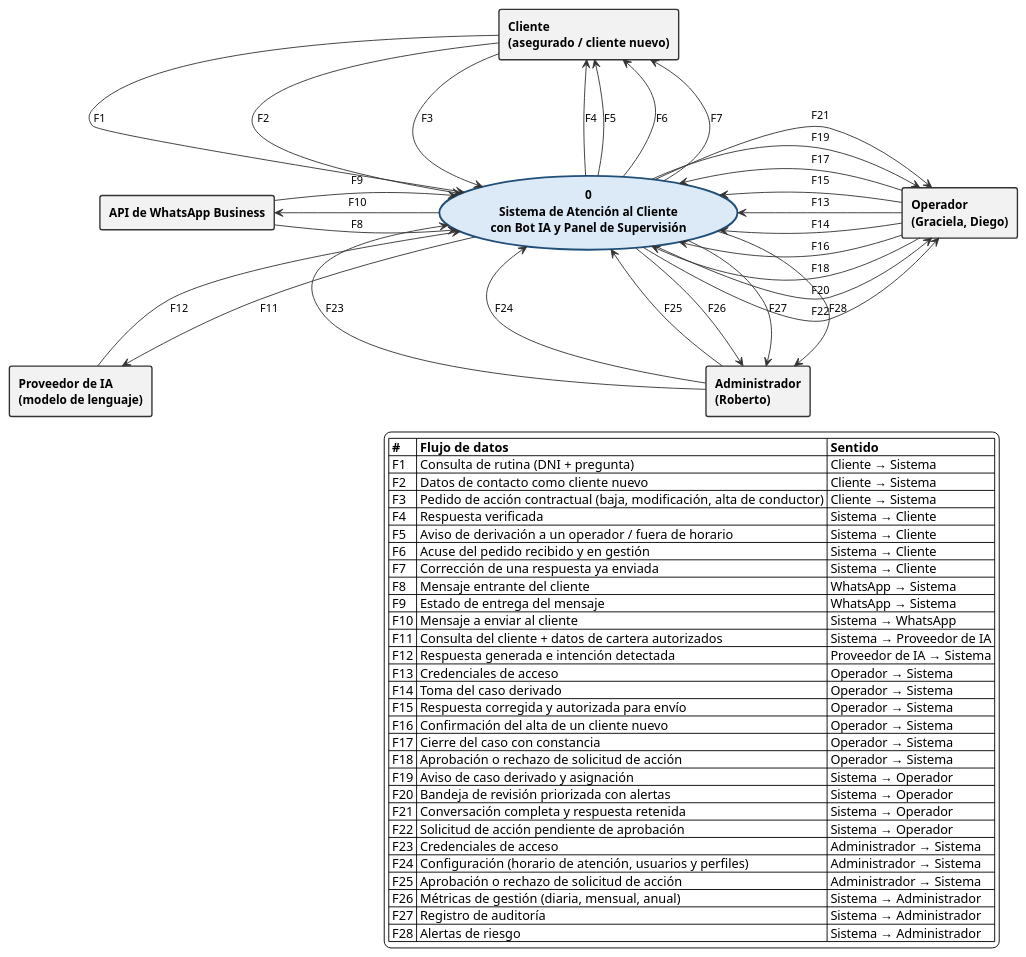
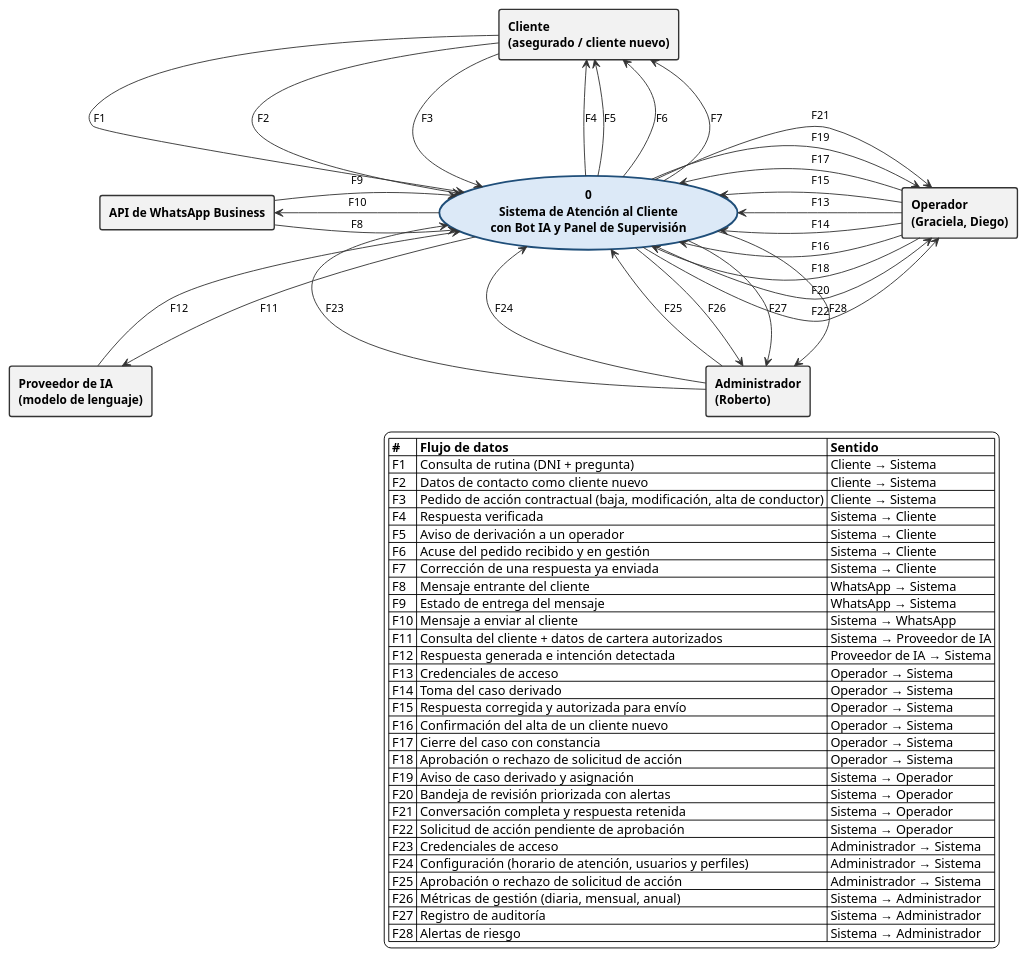
Before and after one commit to luquesantiago/Sistema-de-Atencion-al-Cliente-con-Bot-IA-y-Panel-de-Supervision: the diagram in docs/caso8_diagrama_contexto.puml, drawn with PlantUML. The commit also changed 4 other files, not shown here.

Commit message:
Fuera de horario, derivar sin aviso y contar la alerta de caso sin tomar solo en horario (RF-DER-04, RF-VER-03)

```diff
--- a/docs/caso8_diagrama_contexto.puml
+++ b/docs/caso8_diagrama_contexto.puml
@@ -1,113 +1,113 @@
 @startuml caso8_diagrama_contexto
 ' =====================================================================
 ' Diagrama de Contexto (DFD nivel 0) - Notacion Yourdon/DeMarco
 ' Caso 8 - Sistema de Atencion al Cliente con Bot IA y Panel de Supervision
 ' Cliente: Seguros Castano | PPP 1 - UNLa - Grupo 11
 ' Cada flecha (F1..F28) representa una interaccion con el sistema.
 ' =====================================================================
 
 skinparam backgroundColor #FFFFFF
 skinparam shadowing false
 skinparam defaultFontName Helvetica
 skinparam defaultFontSize 13
 skinparam ArrowColor #333333
 skinparam ArrowFontSize 12
 skinparam nodesep 160
 skinparam ranksep 110
 
 skinparam rectangle {
   BackgroundColor #F2F2F2
   BorderColor #333333
   BorderThickness 1.5
   FontStyle bold
 }
 
 skinparam usecase {
   BackgroundColor #DCE9F7
   BorderColor #1F4E79
   BorderThickness 2
   FontStyle bold
 }
 
 ' ---------- Proceso unico: el sistema ----------
 usecase "**0**\nSistema de Atención al Cliente\ncon Bot IA y Panel de Supervisión" as SIS
 
 ' ---------- Entidades externas ----------
 rectangle "Cliente\n(asegurado / cliente nuevo)" as CLI
 rectangle "Operador\n(Graciela, Diego)" as OPE
 rectangle "Administrador\n(Roberto)" as ADM
 rectangle "API de WhatsApp Business" as WA
 rectangle "Proveedor de IA\n(modelo de lenguaje)" as IA
 
 ' ---------- Flujos: Cliente ----------
 CLI -down-> SIS : F1
 CLI -down-> SIS : F2
 CLI -down-> SIS : F3
 SIS -up-> CLI : F4
 SIS -up-> CLI : F5
 SIS -up-> CLI : F6
 SIS -up-> CLI : F7
 
 ' ---------- Flujos: API de WhatsApp Business ----------
 WA -right-> SIS : F8
 WA -right-> SIS : F9
 SIS -left-> WA : F10
 
 ' ---------- Flujos: Proveedor de IA ----------
 SIS -left-> IA : F11
 IA -up-> SIS : F12
 
 ' ---------- Flujos: Operador ----------
 OPE -left-> SIS : F13
 OPE -left-> SIS : F14
 OPE -left-> SIS : F15
 OPE -left-> SIS : F16
 OPE -left-> SIS : F17
 OPE -left-> SIS : F18
 SIS -right-> OPE : F19
 SIS -right-> OPE : F20
 SIS -right-> OPE : F21
 SIS -right-> OPE : F22
 
 ' ---------- Flujos: Administrador ----------
 ADM -up-> SIS : F23
 ADM -up-> SIS : F24
 ADM -up-> SIS : F25
 SIS -down-> ADM : F26
 SIS -down-> ADM : F27
 SIS -down-> ADM : F28
 
 ' ---------- Referencia de flujos ----------
 legend right
 |= # |= Flujo de datos |= Sentido |
 | F1 | Consulta de rutina (DNI + pregunta) | Cliente → Sistema |
 | F2 | Datos de contacto como cliente nuevo | Cliente → Sistema |
 | F3 | Pedido de acción contractual (baja, modificación, alta de conductor) | Cliente → Sistema |
 | F4 | Respuesta verificada | Sistema → Cliente |
-| F5 | Aviso de derivación a un operador / fuera de horario | Sistema → Cliente |
+| F5 | Aviso de derivación a un operador | Sistema → Cliente |
 | F6 | Acuse del pedido recibido y en gestión | Sistema → Cliente |
 | F7 | Corrección de una respuesta ya enviada | Sistema → Cliente |
 | F8 | Mensaje entrante del cliente | WhatsApp → Sistema |
 | F9 | Estado de entrega del mensaje | WhatsApp → Sistema |
 | F10 | Mensaje a enviar al cliente | Sistema → WhatsApp |
 | F11 | Consulta del cliente + datos de cartera autorizados | Sistema → Proveedor de IA |
 | F12 | Respuesta generada e intención detectada | Proveedor de IA → Sistema |
 | F13 | Credenciales de acceso | Operador → Sistema |
 | F14 | Toma del caso derivado | Operador → Sistema |
 | F15 | Respuesta corregida y autorizada para envío | Operador → Sistema |
 | F16 | Confirmación del alta de un cliente nuevo | Operador → Sistema |
 | F17 | Cierre del caso con constancia | Operador → Sistema |
 | F18 | Aprobación o rechazo de solicitud de acción | Operador → Sistema |
 | F19 | Aviso de caso derivado y asignación | Sistema → Operador |
 | F20 | Bandeja de revisión priorizada con alertas | Sistema → Operador |
 | F21 | Conversación completa y respuesta retenida | Sistema → Operador |
 | F22 | Solicitud de acción pendiente de aprobación | Sistema → Operador |
 | F23 | Credenciales de acceso | Administrador → Sistema |
 | F24 | Configuración (horario de atención, usuarios y perfiles) | Administrador → Sistema |
 | F25 | Aprobación o rechazo de solicitud de acción | Administrador → Sistema |
 | F26 | Métricas de gestión (diaria, mensual, anual) | Sistema → Administrador |
 | F27 | Registro de auditoría | Sistema → Administrador |
 | F28 | Alertas de riesgo | Sistema → Administrador |
 endlegend
 
 @enduml
```
